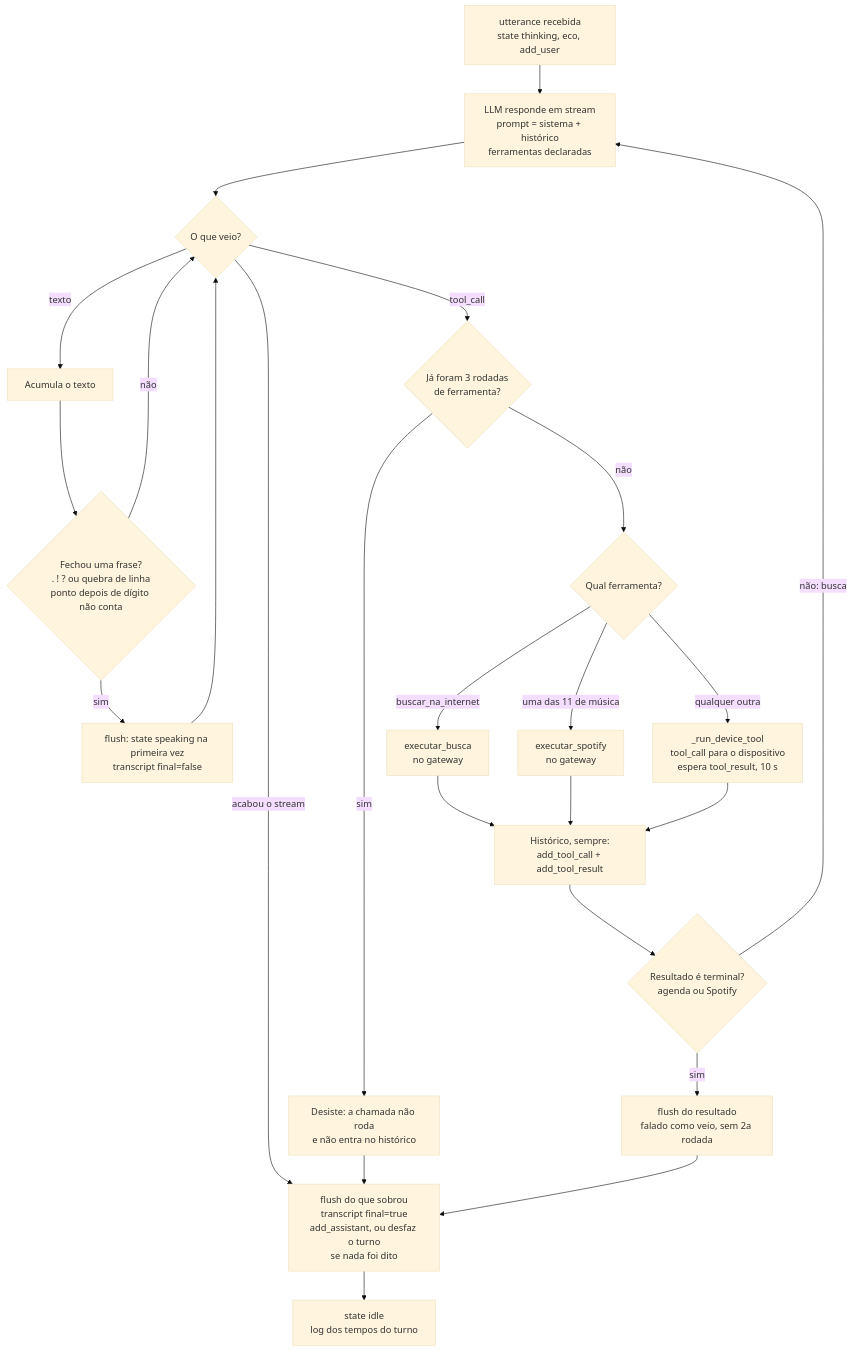
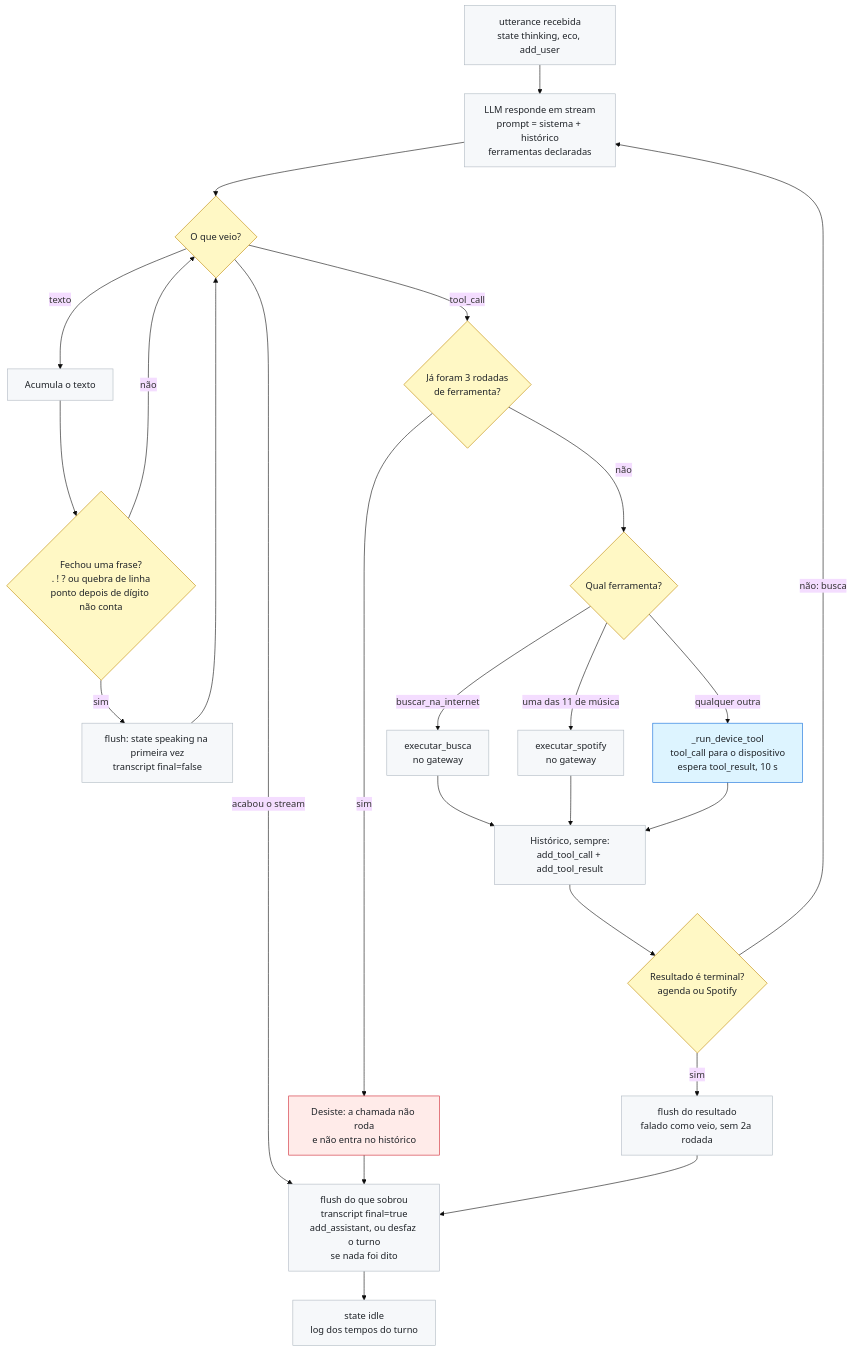
The fourth of 6 diagrams in docs/arquitetura.md (Ideraldo/Self-hosted-voice-assistant), drawn with Mermaid (base theme) before and after one commit. The commit also changed other lines of this file and 35 other files, not shown here.

````diff
--- a/docs/arquitetura.md
+++ b/docs/arquitetura.md
@@ -350,36 +327,44 @@
 ```mermaid
 flowchart TD
     INI["utterance recebida<br/>state thinking, eco, add_user"]
     LLM["LLM responde em stream<br/>prompt = sistema + histórico<br/>ferramentas declaradas"]
     DELTA{"O que veio?"}
     ACUM["Acumula o texto"]
     FIM{"Fechou uma frase?<br/>. ! ? ou quebra de linha<br/>ponto depois de dígito não conta"}
     FLUSH["flush: state speaking na primeira vez<br/>transcript final=false"]
     TETO{"Já foram 3 rodadas<br/>de ferramenta?"}
     DESISTE["Desiste: a chamada não roda<br/>e não entra no histórico"]
     QUAL{"Qual ferramenta?"}
     BUSCA["executar_busca<br/>no gateway"]
     SPOT["executar_spotify<br/>no gateway"]
     DEVT["_run_device_tool<br/>tool_call para o dispositivo<br/>espera tool_result, 10 s"]
     HIST["Histórico, sempre:<br/>add_tool_call + add_tool_result"]
     TERM{"Resultado é terminal?<br/>agenda ou Spotify"}
     FALA["flush do resultado<br/>falado como veio, sem 2a rodada"]
     RESTO["flush do que sobrou<br/>transcript final=true<br/>add_assistant, ou desfaz o turno<br/>se nada foi dito"]
     IDLE["state idle<br/>log dos tempos do turno"]
 
     INI --> LLM --> DELTA
     DELTA -->|"texto"| ACUM --> FIM
     FIM -->|"sim"| FLUSH --> DELTA
     FIM -->|"não"| DELTA
     DELTA -->|"acabou o stream"| RESTO
     DELTA -->|"tool_call"| TETO
     TETO -->|"sim"| DESISTE --> RESTO
     TETO -->|"não"| QUAL
     QUAL -->|"buscar_na_internet"| BUSCA --> HIST
     QUAL -->|"uma das 11 de música"| SPOT --> HIST
     QUAL -->|"qualquer outra"| DEVT --> HIST
     HIST --> TERM
     TERM -->|"sim"| FALA --> RESTO
     TERM -->|"não: busca"| LLM
     RESTO --> IDLE
+
+    classDef default fill:#f6f8fa,stroke:#afb8c1,color:#1f2328
+    classDef decisao fill:#fff8c5,stroke:#bf8700,color:#1f2328
+    classDef rede fill:#ddf4ff,stroke:#0969da,color:#1f2328
+    classDef falha fill:#ffebe9,stroke:#cf222e,color:#1f2328
+    class DELTA,FIM,TETO,QUAL,TERM decisao
+    class DEVT rede
+    class DESISTE falha
 ```
````
